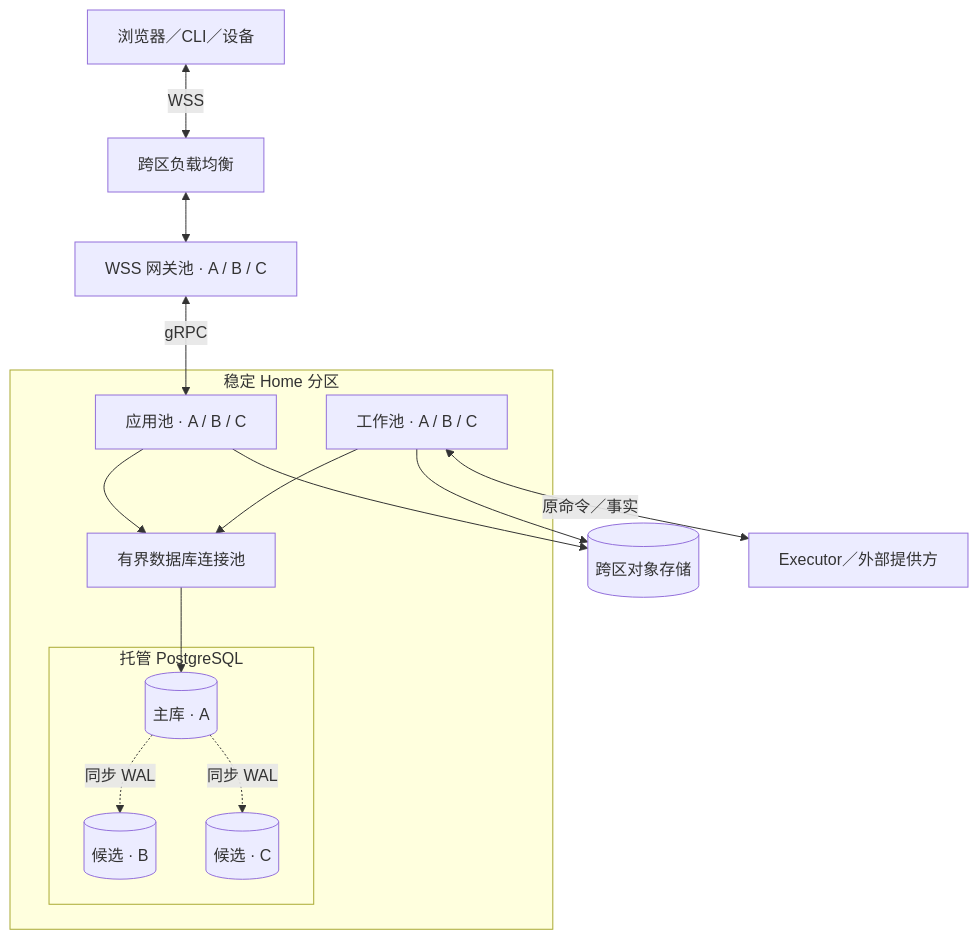
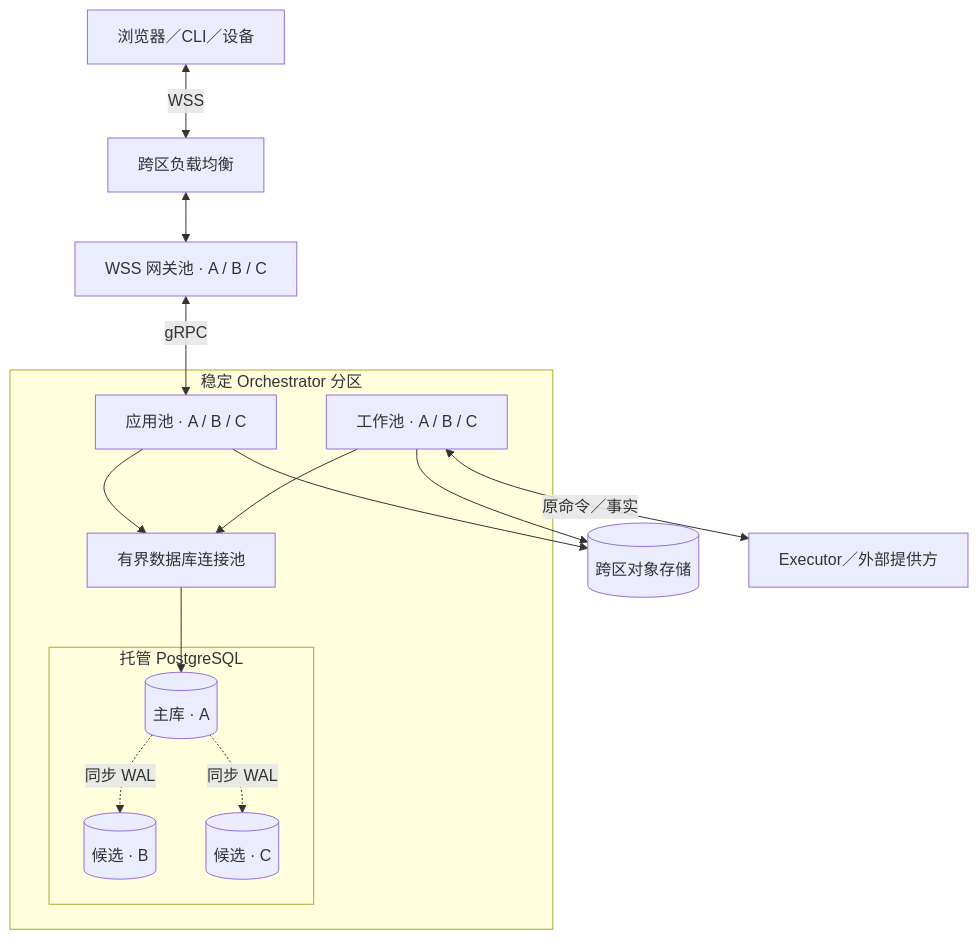
One commit to ruipengliu/lerna changed the first of 5 diagrams in docs/architecture/deployment-production.md. Above: the diagram before and after it, drawn with Mermaid. The commit also changed other lines of this file and 174 other files, not shown here.

````diff
--- a/docs/architecture/deployment-production.md
+++ b/docs/architecture/deployment-production.md
@@ -29,24 +29,24 @@
 ```mermaid
 flowchart TB
     U[浏览器／CLI／设备] <-->|WSS| L[跨区负载均衡]
     L <--> G[WSS 网关池 · A / B / C]
-    subgraph H[稳定 Home 分区]
+    subgraph H[稳定 Orchestrator 分区]
       A[应用池 · A / B / C]
       W[工作池 · A / B / C]
       P[有界数据库连接池]
       subgraph DB[托管 PostgreSQL]
         D[(主库 · A)]
         B[(候选 · B)]
         C[(候选 · C)]
         D -.同步 WAL.-> B
         D -.同步 WAL.-> C
       end
       A --> P
       W --> P
       P --> D
     end
     G <-->|gRPC| A
     A --> O[(跨区对象存储)]
     W --> O
     W <-->|原命令／事实| X[Executor／外部提供方]
 ```
````
